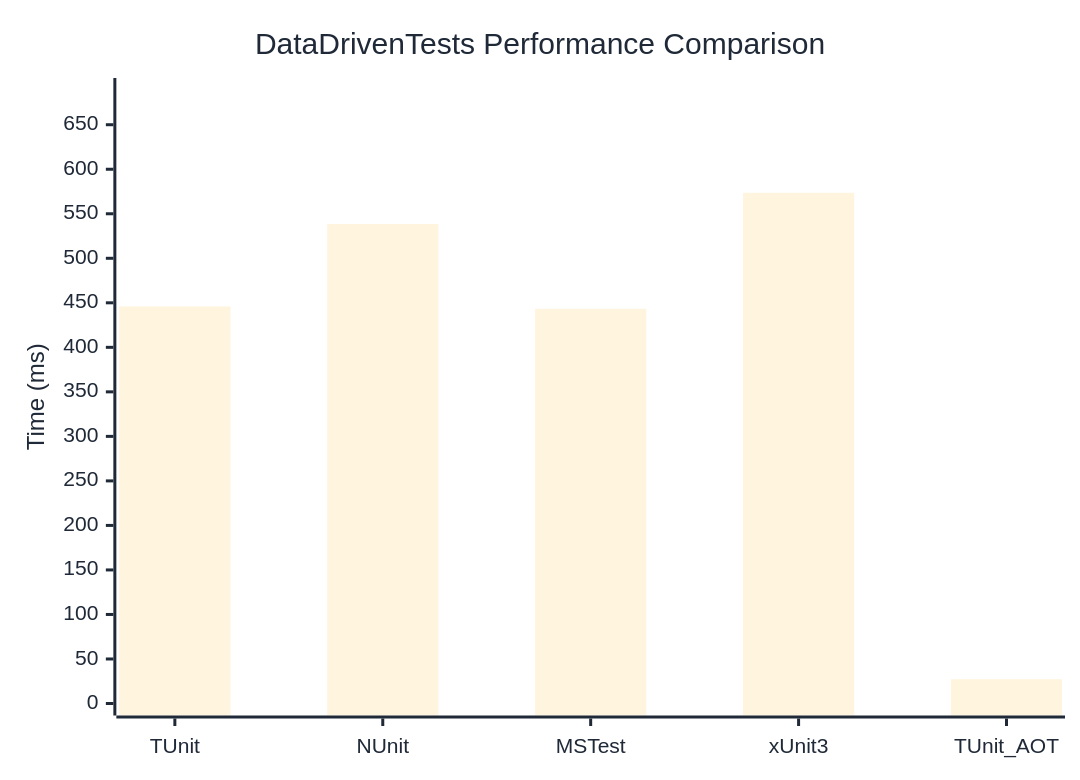
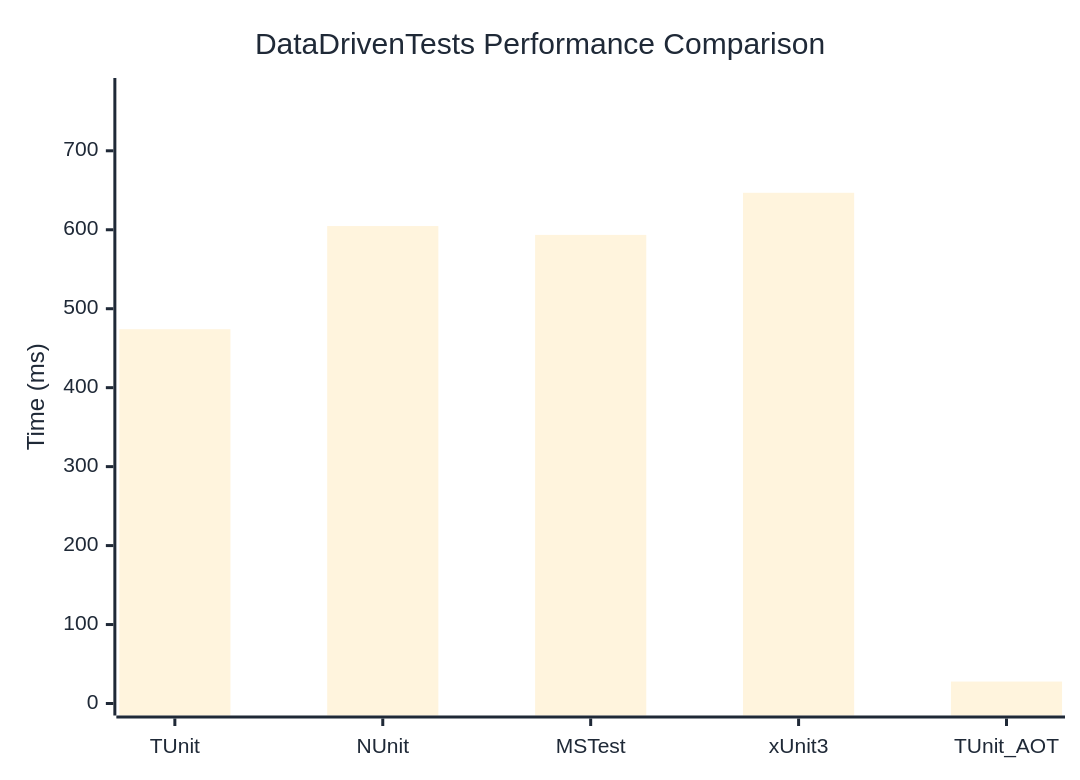
Before and after one commit to thomhurst/TUnit: the diagram in docs/docs/benchmarks/DataDrivenTests.md, drawn with Mermaid. The commit also changed other lines of this file and 17 other files, not shown here.

````diff
--- a/docs/docs/benchmarks/DataDrivenTests.md
+++ b/docs/docs/benchmarks/DataDrivenTests.md
@@ -27,37 +27,37 @@
 ```mermaid
 %%{init: {
   'theme':'base',
   'themeVariables': {
     'primaryColor': '#2563eb',
     'primaryTextColor': '#1f2937',
     'primaryBorderColor': '#1e40af',
     'lineColor': '#6b7280',
     'secondaryColor': '#7c3aed',
     'tertiaryColor': '#dc2626',
     'background': '#ffffff',
     'mainBkg': '#2563eb',
     'secondBkg': '#7c3aed',
     'tertiaryBkg': '#dc2626',
     'clusterBkg': '#f3f4f6',
     'edgeLabelBackground': '#ffffff',
     'tertiaryTextColor': '#1f2937',
     'pie1': '#2563eb',
     'pie2': '#7c3aed',
     'pie3': '#dc2626',
     'pie4': '#f59e0b',
     'pie5': '#10b981',
     'pie6': '#06b6d4',
     'pie7': '#ec4899',
     'pie8': '#6366f1',
     'pie9': '#84cc16',
     'pie10': '#f97316',
     'pie11': '#14b8a6',
     'pie12': '#a855f7'
   }
 }}%%
 xychart-beta
   title "DataDrivenTests Performance Comparison"
   x-axis ["TUnit", "NUnit", "MSTest", "xUnit3", "TUnit_AOT"]
-  y-axis "Time (ms)" 0 --> 689
-  bar [445.94, 538.46, 443.26, 573.58, 27.3]
+  y-axis "Time (ms)" 0 --> 777
+  bar [474.02, 604.71, 593.49, 646.83, 27.77]
 ```
````
